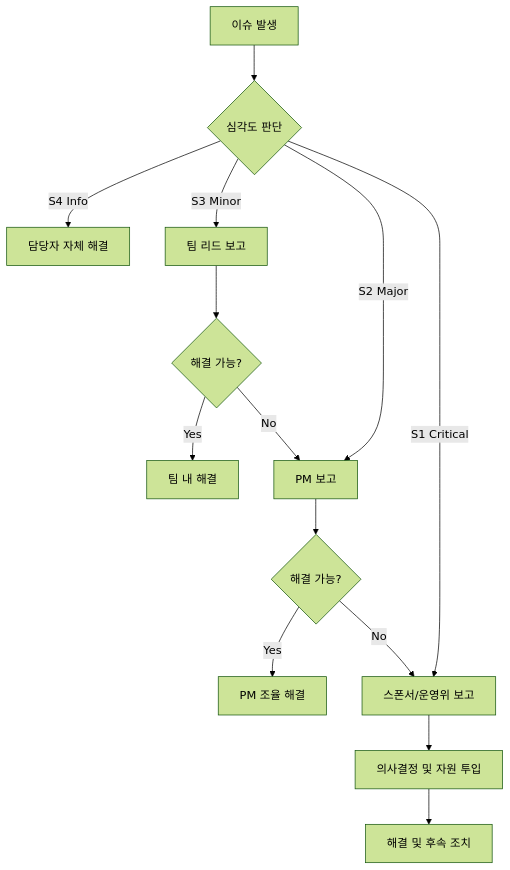
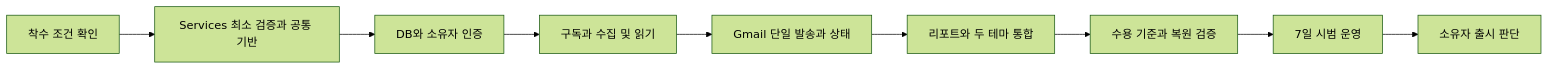
The diagram in waterfall/08-검토/프로젝트관리-산출물.md (miji0/levelup-vibe), drawn with Mermaid (forest theme) before and after one commit. The commit also changed other lines of this file and 22 other files, not shown here.

````diff
--- a/waterfall/08-검토/프로젝트관리-산출물.md
+++ b/waterfall/08-검토/프로젝트관리-산출물.md
@@ -301,16 +37,11 @@
 ```mermaid
-flowchart TD
-    A[이슈 발생] --> B{심각도 판단}
-    B -->|S4 Info| C[담당자 자체 해결]
-    B -->|S3 Minor| D[팀 리드 보고]
-    D --> E{해결 가능?}
-    E -->|Yes| F[팀 내 해결]
-    E -->|No| G[PM 보고]
-    B -->|S2 Major| G
-    G --> H{해결 가능?}
-    H -->|Yes| I[PM 조율 해결]
-    H -->|No| J[스폰서/운영위 보고]
-    B -->|S1 Critical| J
-    J --> K[의사결정 및 자원 투입]
-    K --> L[해결 및 후속 조치]
+flowchart LR
+    A[착수 조건 확인] --> B[Services 최소 검증과 공통 기반]
+    B --> C[DB와 소유자 인증]
+    C --> D[구독과 수집 및 읽기]
+    D --> E[Gmail 단일 발송과 상태]
+    E --> F[리포트와 두 테마 통합]
+    F --> G[수용 기준과 복원 검증]
+    G --> H[7일 시범 운영]
+    H --> I[소유자 출시 판단]
 ```
````
